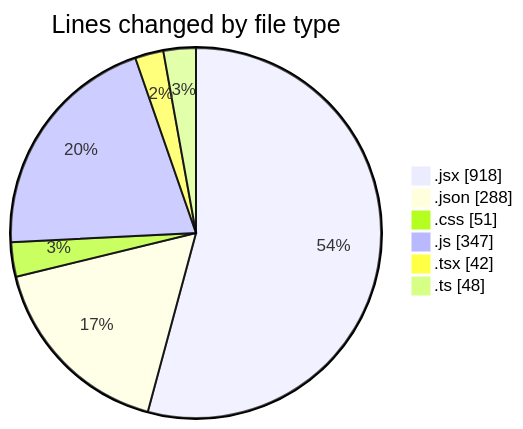
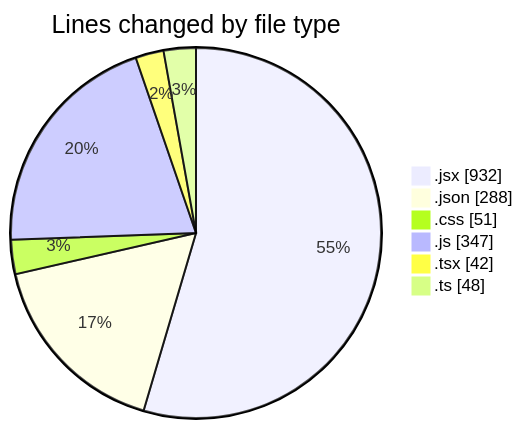
One commit to momahboobian/code-tracking changed the first of 2 diagrams in 2026-03-19/commonwealth-front-end-task/README.md. Above: the diagram before and after it, drawn with Mermaid. The commit also changed other lines of this file and 1 other file, not shown here.

````diff
--- a/2026-03-19/commonwealth-front-end-task/README.md
+++ b/2026-03-19/commonwealth-front-end-task/README.md
@@ -38,10 +38,10 @@
 ```mermaid
 pie showData
 title Lines changed by file type
-".jsx" : 918
+".jsx" : 932
 ".json" : 288
 ".css" : 51
 ".js" : 347
 ".tsx" : 42
 ".ts" : 48
 ```
````
